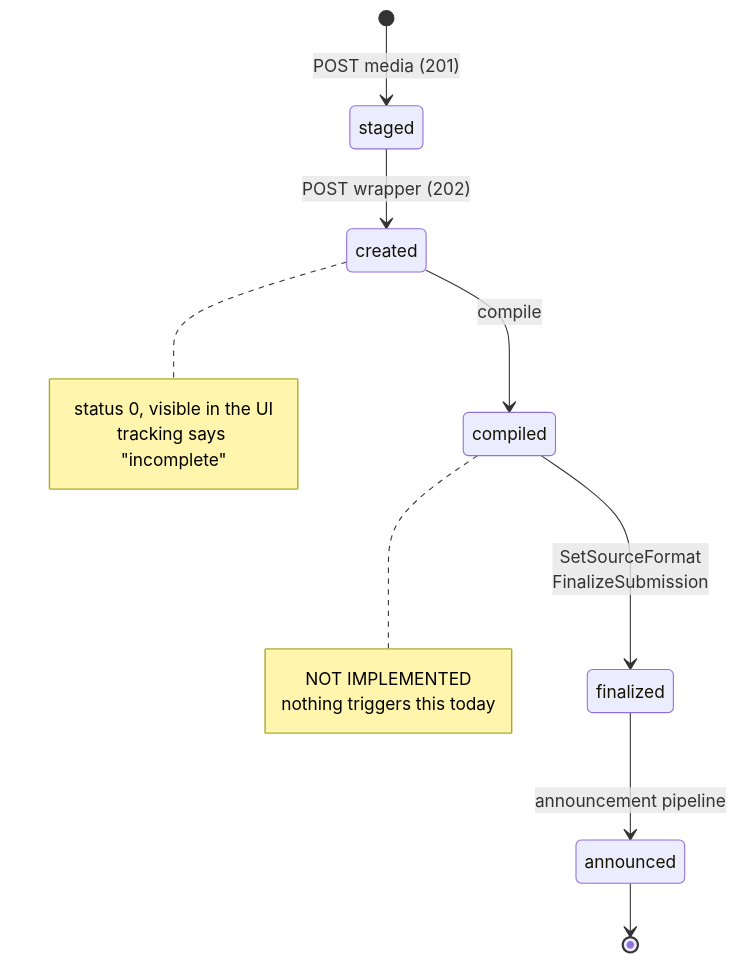
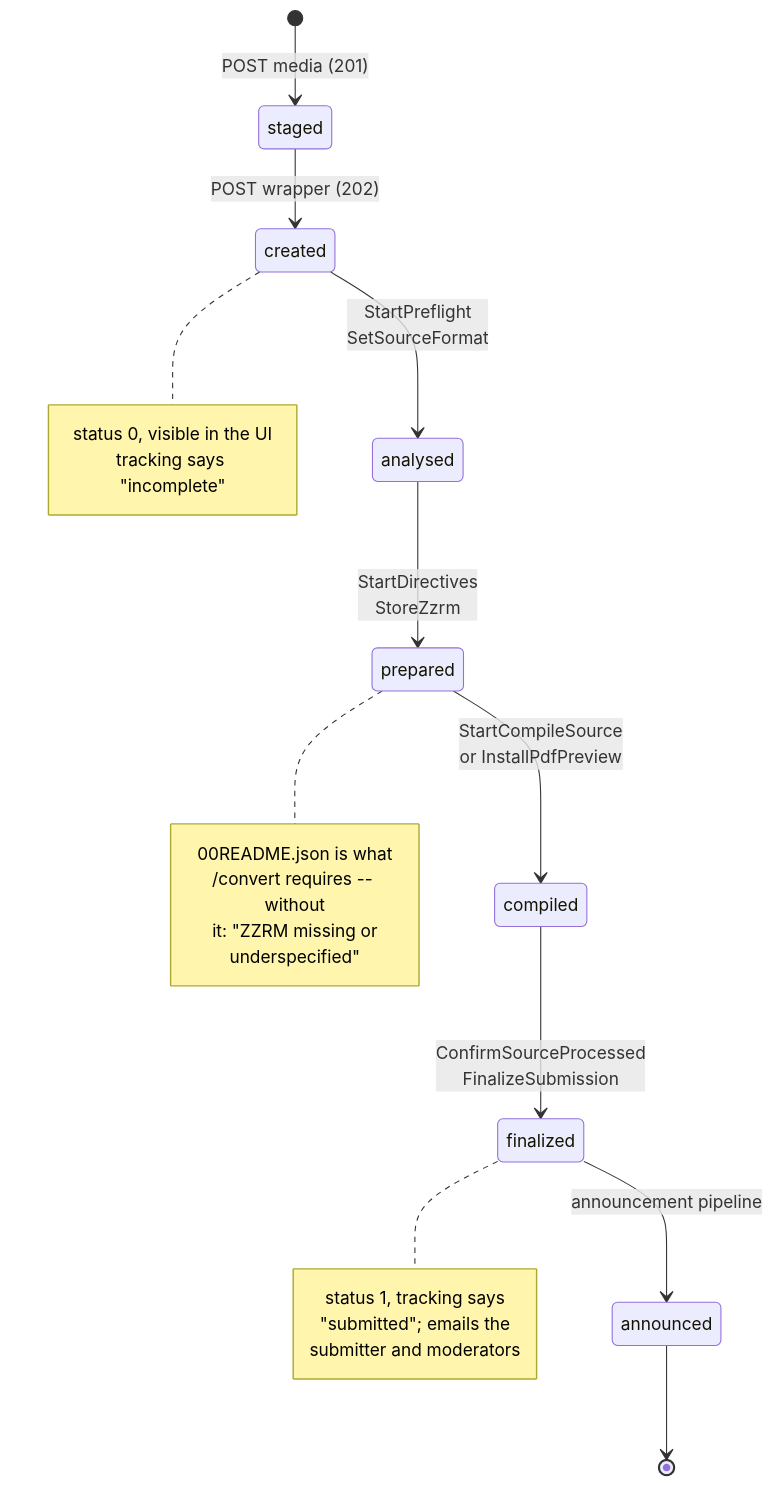
Before and after one commit to arXiv/submit-ce: the sixth of 11 diagrams in docs/sword-summary.md, drawn with Mermaid. The commit also changed other lines of this file and 5 other files, not shown here.

Commit message:
SUBMISSION-29: compile replacements

````diff
--- a/docs/sword-summary.md
+++ b/docs/sword-summary.md
@@ -207,18 +210,27 @@
 ```mermaid
 stateDiagram-v2
     [*] --> staged: POST media (201)
     staged --> created: POST wrapper (202)
-    created --> compiled: compile
-    compiled --> finalized: SetSourceFormat<br/>FinalizeSubmission
+    created --> analysed: StartPreflight<br/>SetSourceFormat
+    analysed --> prepared: StartDirectives<br/>StoreZzrm
+    prepared --> compiled: StartCompileSource<br/>or InstallPdfPreview
+    compiled --> finalized: ConfirmSourceProcessed<br/>FinalizeSubmission
     finalized --> announced: announcement pipeline
     announced --> [*]
 
     note right of created
         status 0, visible in the UI
         tracking says "incomplete"
     end note
-    note right of compiled
-        NOT IMPLEMENTED
-        nothing triggers this today
+    note right of prepared
+        00README.json is what
+        /convert requires -- without
+        it: "ZZRM missing or
+        underspecified"
+    end note
+    note right of finalized
+        status 1, tracking says
+        "submitted"; emails the
+        submitter and moderators
     end note
 ```
````
